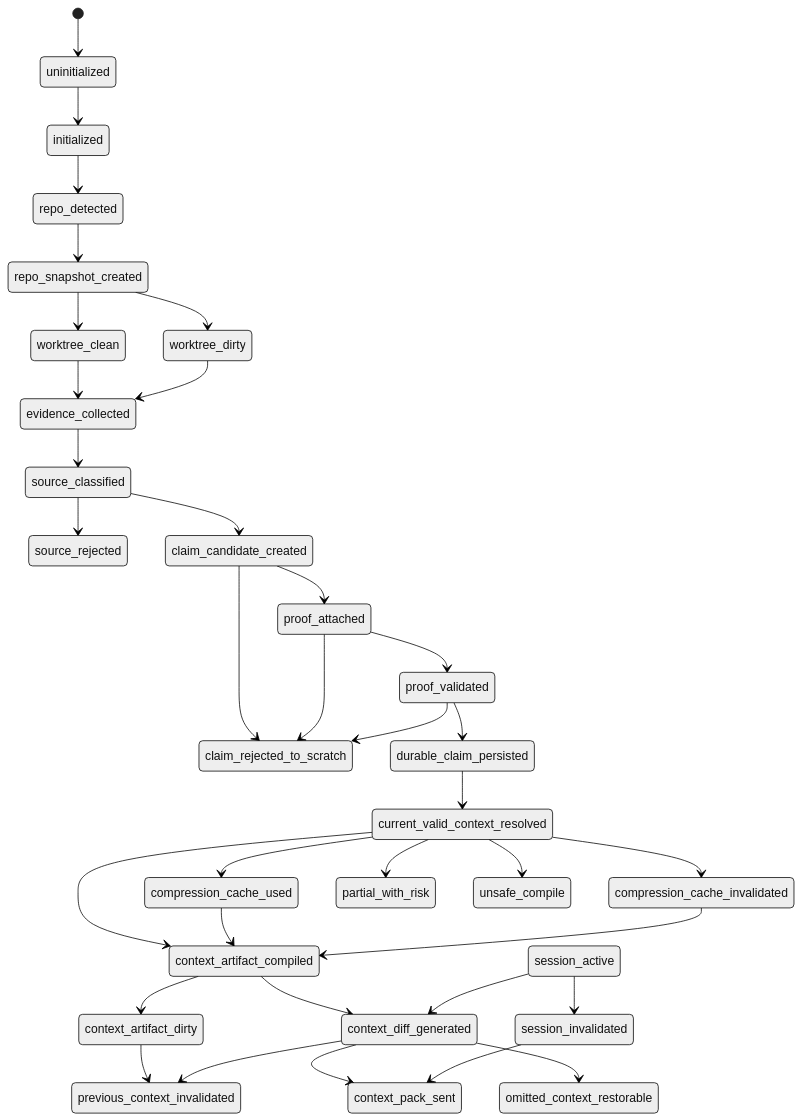
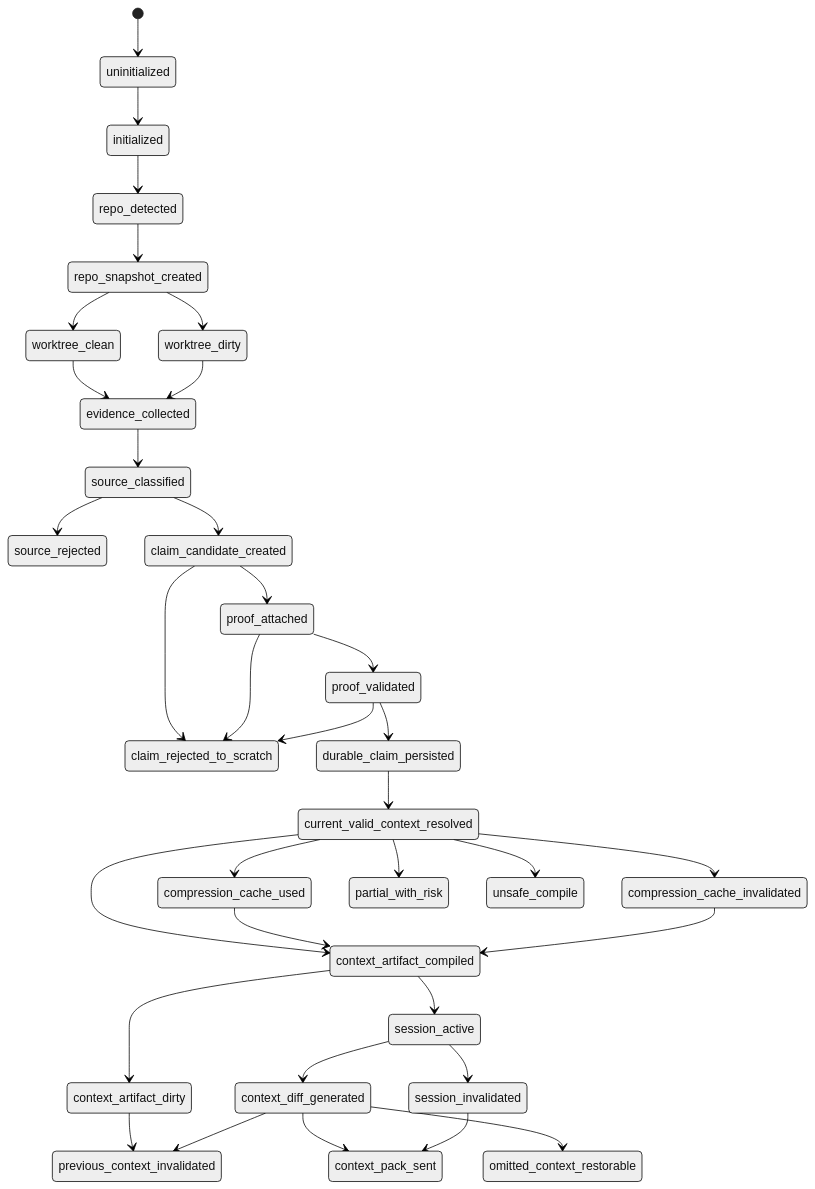
The diagram in docs/v1/architecture/state-machine.md (gael55x/Grape), drawn with Mermaid (neutral theme) before and after one commit. The commit also changed other lines of this file and 3 other files, not shown here.

````diff
--- a/docs/v1/architecture/state-machine.md
+++ b/docs/v1/architecture/state-machine.md
@@ -98,37 +99,37 @@
 ```mermaid
 stateDiagram-v2
   [*] --> uninitialized
   uninitialized --> initialized
   initialized --> repo_detected
   repo_detected --> repo_snapshot_created
   repo_snapshot_created --> worktree_clean
   repo_snapshot_created --> worktree_dirty
   worktree_clean --> evidence_collected
   worktree_dirty --> evidence_collected
   evidence_collected --> source_classified
   source_classified --> source_rejected
   source_classified --> claim_candidate_created
   claim_candidate_created --> proof_attached
   claim_candidate_created --> claim_rejected_to_scratch
   proof_attached --> proof_validated
   proof_attached --> claim_rejected_to_scratch
   proof_validated --> durable_claim_persisted
   proof_validated --> claim_rejected_to_scratch
   durable_claim_persisted --> current_valid_context_resolved
   current_valid_context_resolved --> compression_cache_used
   current_valid_context_resolved --> compression_cache_invalidated
   current_valid_context_resolved --> context_artifact_compiled
   current_valid_context_resolved --> partial_with_risk
   current_valid_context_resolved --> unsafe_compile
   compression_cache_used --> context_artifact_compiled
   compression_cache_invalidated --> context_artifact_compiled
   context_artifact_compiled --> context_artifact_dirty
-  context_artifact_compiled --> context_diff_generated
+  context_artifact_compiled --> session_active
   context_artifact_dirty --> previous_context_invalidated
   session_active --> context_diff_generated
   context_diff_generated --> context_pack_sent
   context_diff_generated --> previous_context_invalidated
   context_diff_generated --> omitted_context_restorable
   session_active --> session_invalidated
   session_invalidated --> context_pack_sent
 ```
````
